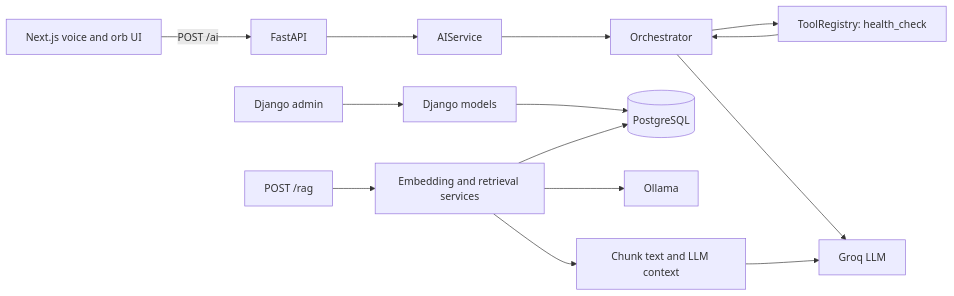
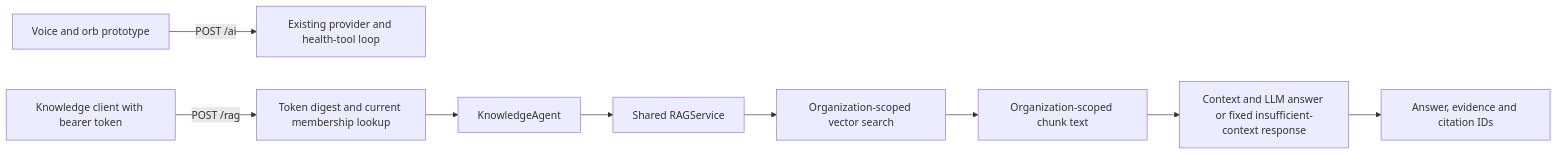
Before and after one commit to cantrachme/Groot: the diagram in docs/ARCHITECTURE.md, drawn with Mermaid. The commit also changed other lines of this file and 37 other files, not shown here.

Commit message:
feat: complete tenant-scoped knowledge flow

````diff
--- a/docs/ARCHITECTURE.md
+++ b/docs/ARCHITECTURE.md
@@ -20,16 +19,11 @@
 ```mermaid
 flowchart LR
-    UI[Next.js voice and orb UI] -->|POST /ai| API[FastAPI]
-    API --> AI[AIService]
-    AI --> ORCH[Orchestrator]
-    ORCH --> GROQ[Groq LLM]
-    ORCH --> TOOLS[ToolRegistry: health_check]
-    TOOLS --> ORCH
-    ADMIN[Django admin] --> DOMAIN[Django models]
-    DOMAIN --> PG[(PostgreSQL)]
-    RAG[POST /rag] --> RET[Embedding and retrieval services]
-    RET --> OLLAMA[Ollama]
-    RET --> PG
-    RET --> ANSWER[Chunk text and LLM context]
-    ANSWER --> GROQ
+    UI[Voice and orb prototype] -->|POST /ai| AI[Existing provider and health-tool loop]
+    CLIENT[Knowledge client with bearer token] -->|POST /rag| AUTH[Token digest and current membership lookup]
+    AUTH --> AGENT[KnowledgeAgent]
+    AGENT --> RAG[Shared RAGService]
+    RAG --> SEARCH[Organization-scoped vector search]
+    SEARCH --> TEXT[Organization-scoped chunk text]
+    TEXT --> ANSWER[Context and LLM answer or fixed insufficient-context response]
+    ANSWER --> EVIDENCE[Answer, evidence and citation IDs]
 ```
````
